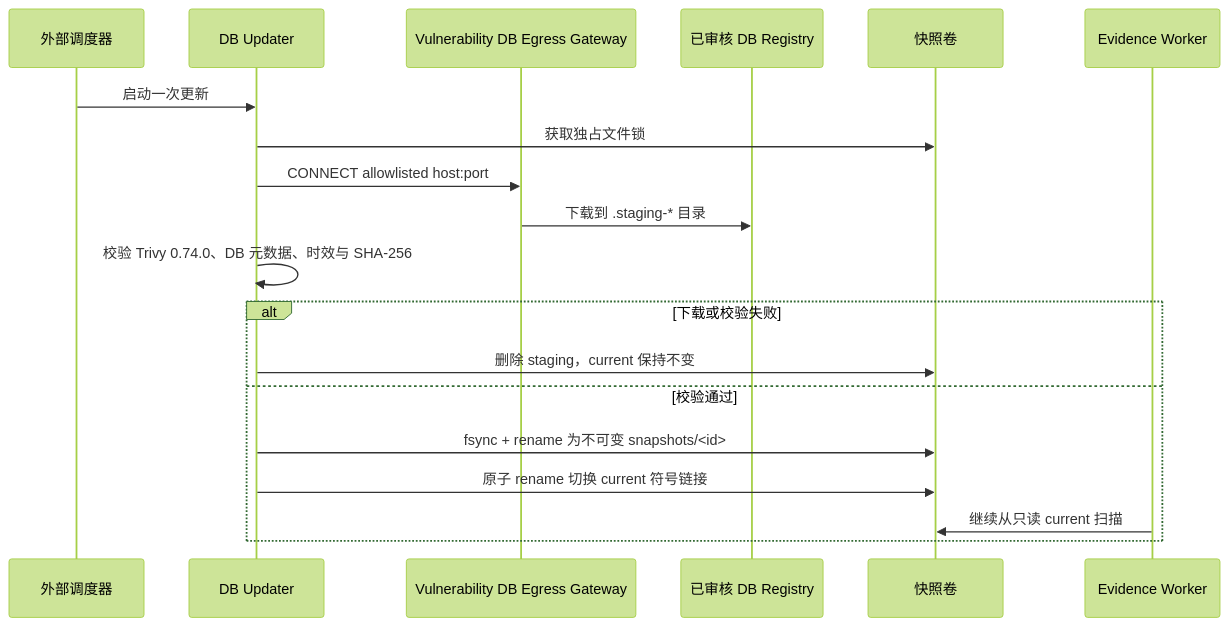
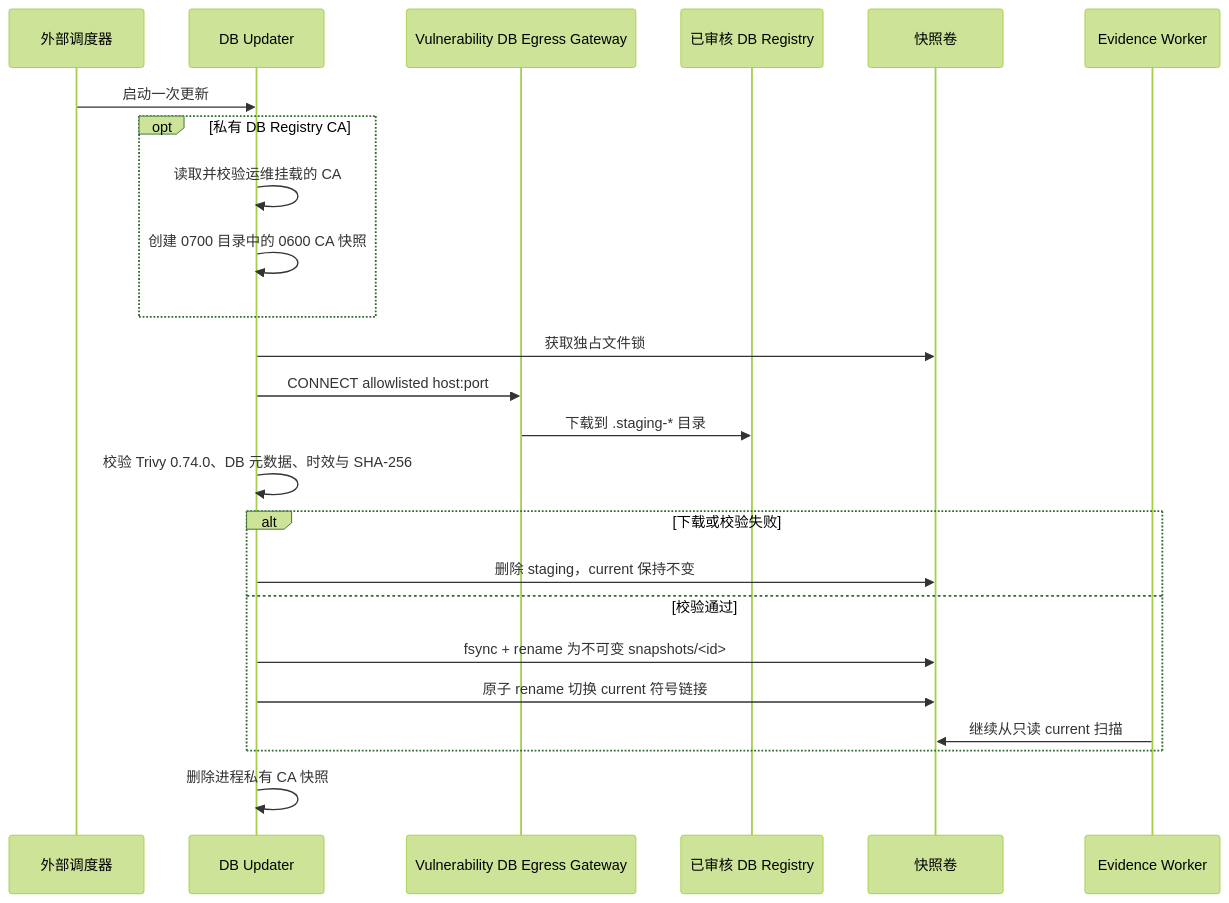
The diagram in docs/vulnerability-database.md (owndock/owndock), drawn with Mermaid (forest theme) before and after one commit. The commit also changed other lines of this file and 8 other files, not shown here.

````diff
--- a/docs/vulnerability-database.md
+++ b/docs/vulnerability-database.md
@@ -26,22 +26,27 @@
 ```mermaid
 sequenceDiagram
     participant S as 外部调度器
     participant U as DB Updater
     participant X as Vulnerability DB Egress Gateway
     participant R as 已审核 DB Registry
     participant V as 快照卷
     participant W as Evidence Worker
 
     S->>U: 启动一次更新
+    opt 私有 DB Registry CA
+        U->>U: 读取并校验运维挂载的 CA
+        U->>U: 创建 0700 目录中的 0600 CA 快照
+    end
     U->>V: 获取独占文件锁
     U->>X: CONNECT allowlisted host:port
     X->>R: 下载到 .staging-* 目录
     U->>U: 校验 Trivy 0.74.0、DB 元数据、时效与 SHA-256
     alt 下载或校验失败
         U->>V: 删除 staging，current 保持不变
     else 校验通过
         U->>V: fsync + rename 为不可变 snapshots/<id>
         U->>V: 原子 rename 切换 current 符号链接
         W->>V: 继续从只读 current 扫描
     end
+    U->>U: 删除进程私有 CA 快照
 ```
````
